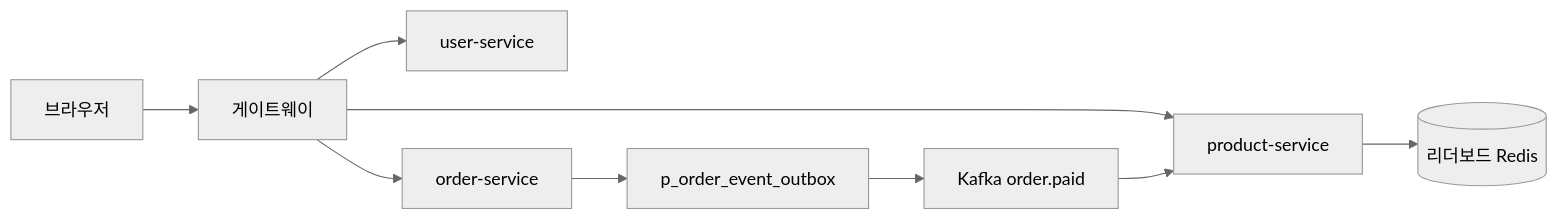
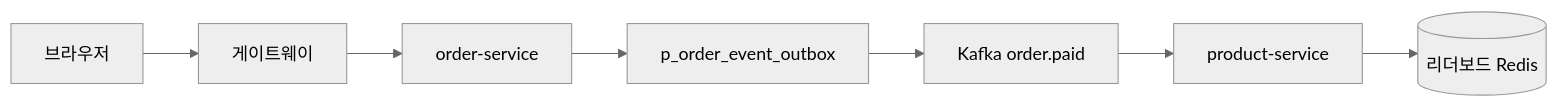
The fourth of 4 diagrams in docs/architecture.md (bstaran/CC-Creator-Culture), drawn with Mermaid (neutral theme) before and after one commit. The commit also changed other lines of this file and 1 other file, not shown here.

````diff
--- a/docs/architecture.md
+++ b/docs/architecture.md
@@ -131,11 +131,9 @@
 ```mermaid
 flowchart LR
   browser[브라우저] --> gw[게이트웨이]
-  gw --> user[user-service]
-  gw --> product[product-service]
   gw --> order[order-service]
   order --> outbox["p_order_event_outbox"]
   outbox --> kafka["Kafka order.paid"]
-  kafka --> product
+  kafka --> product[product-service]
   product --> redis[(리더보드 Redis)]
 ```
````
